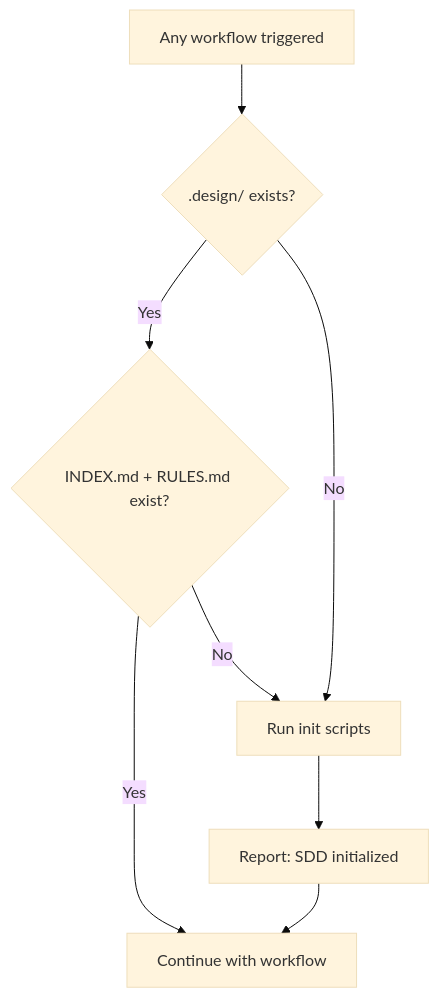
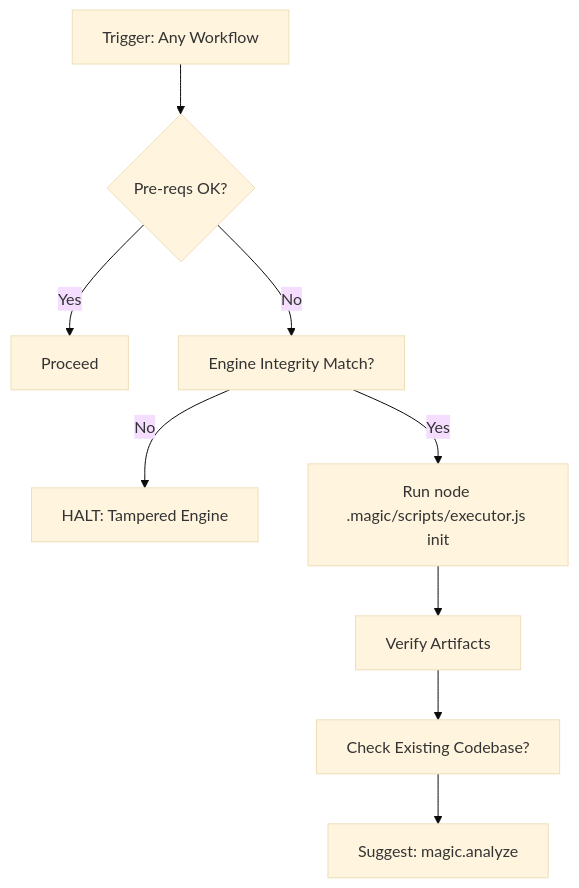
One commit to teratron/magic-spec changed the diagram in .magic/init.md. Above: the diagram before and after it, drawn with Mermaid (base theme). The commit also changed other lines of this file and 11 other files, not shown here.

Commit message:
feat: introduce core workflow and utility markdown files and internal metadata for the .magic system

````diff
--- a/.magic/init.md
+++ b/.magic/init.md
@@ -24,10 +16,11 @@
 ```mermaid
 graph TD
-    A["Any workflow triggered"] --> B{".design/ exists?"}
-    B -->|Yes| C{"INDEX.md + RULES.md exist?"}
-    B -->|No| D["Run init scripts"]
-    C -->|Yes| E["Continue with workflow"]
-    C -->|No| D
-    D --> F["Report: SDD initialized"]
-    F --> E
+    A[Trigger: Any Workflow] --> B{Pre-reqs OK?}
+    B -->|Yes| C[Proceed]
+    B -->|No| D[Engine Integrity Match?]
+    D -->|No| E[HALT: Tampered Engine]
+    D -->|Yes| F[Run node .magic/scripts/executor.js init]
+    F --> G[Verify Artifacts]
+    G --> H[Check Existing Codebase?]
+    H --> I[Suggest: magic.analyze]
 ```
````
